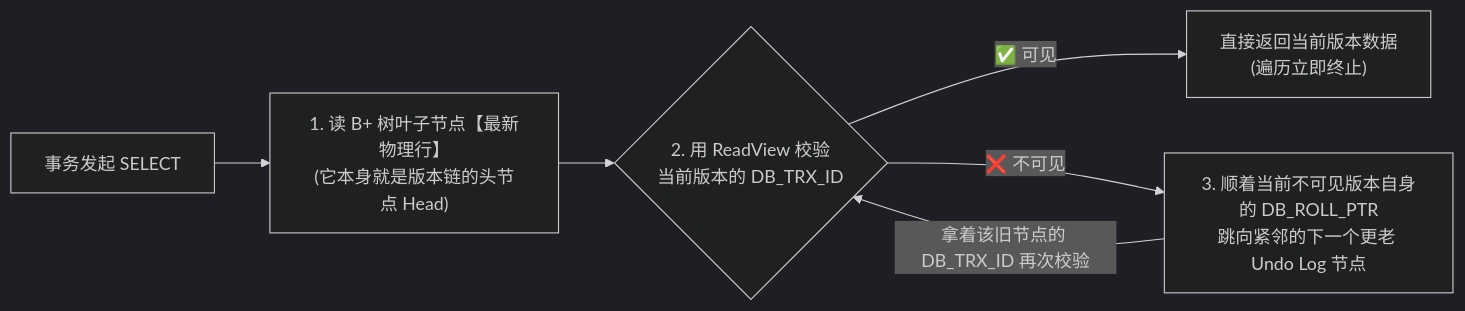
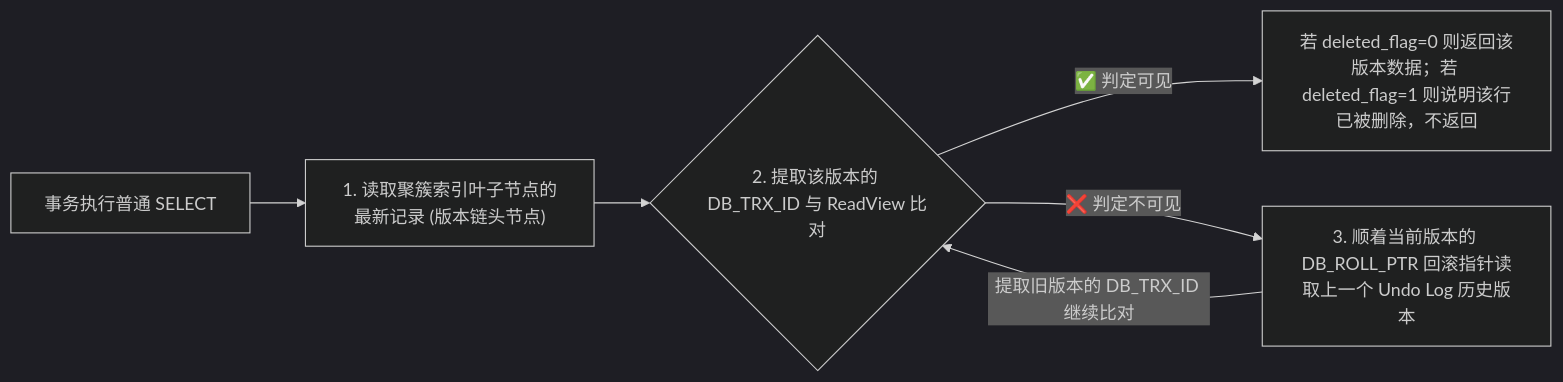
The third of 4 diagrams in 20-Java后端/05-数据库与存储/02-事务与隔离级别.md (GuoWWWX/knowledge-base), drawn with Mermaid (dark theme) before and after one commit. The commit also changed other lines of this file and 251 other files, not shown here.

````diff
--- a/20-Java后端/05-数据库与存储/02-事务与隔离级别.md
+++ b/20-Java后端/05-数据库与存储/02-事务与隔离级别.md
@@ -160,8 +182,8 @@
 ```mermaid
 flowchart LR
-    Select["事务发起 SELECT"] --> Page["1. 读 B+ 树叶子节点【最新物理行】<br/>(它本身就是版本链的头节点 Head)"]
-    Page --> Check{"2. 用 ReadView 校验<br/>当前版本的 DB_TRX_ID"}
-    Check -->|"✅ 可见"| Return["直接返回当前版本数据<br/>(遍历立即终止)"]
-    Check -->|"❌ 不可见"| Undo["3. 顺着当前不可见版本自身的 DB_ROLL_PTR<br/>跳向紧邻的下一个更老 Undo Log 节点"]
-    Undo -->|"拿着该旧节点的 DB_TRX_ID 再次校验"| Check
+    Select["事务执行普通 SELECT"] --> Page["1. 读取聚簇索引叶子节点的最新记录 (版本链头节点)"]
+    Page --> Check{"2. 提取该版本的 DB_TRX_ID 与 ReadView 比对"}
+    Check -->|"✅ 判定可见"| Return["若 deleted_flag=0 则返回该版本数据；若 deleted_flag=1 则说明该行已被删除，不返回"]
+    Check -->|"❌ 判定不可见"| Undo["3. 顺着当前版本的 DB_ROLL_PTR 回滚指针读取上一个 Undo Log 历史版本"]
+    Undo -->|"提取旧版本的 DB_TRX_ID 继续比对"| Check
 ```
````
